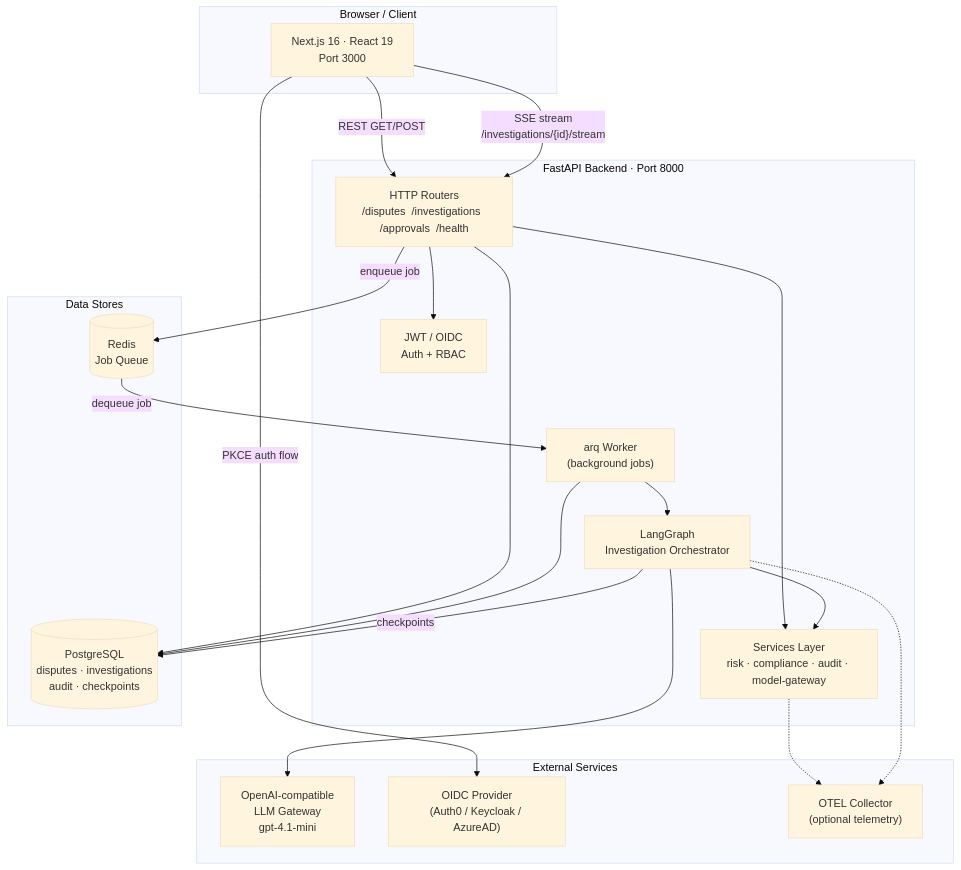
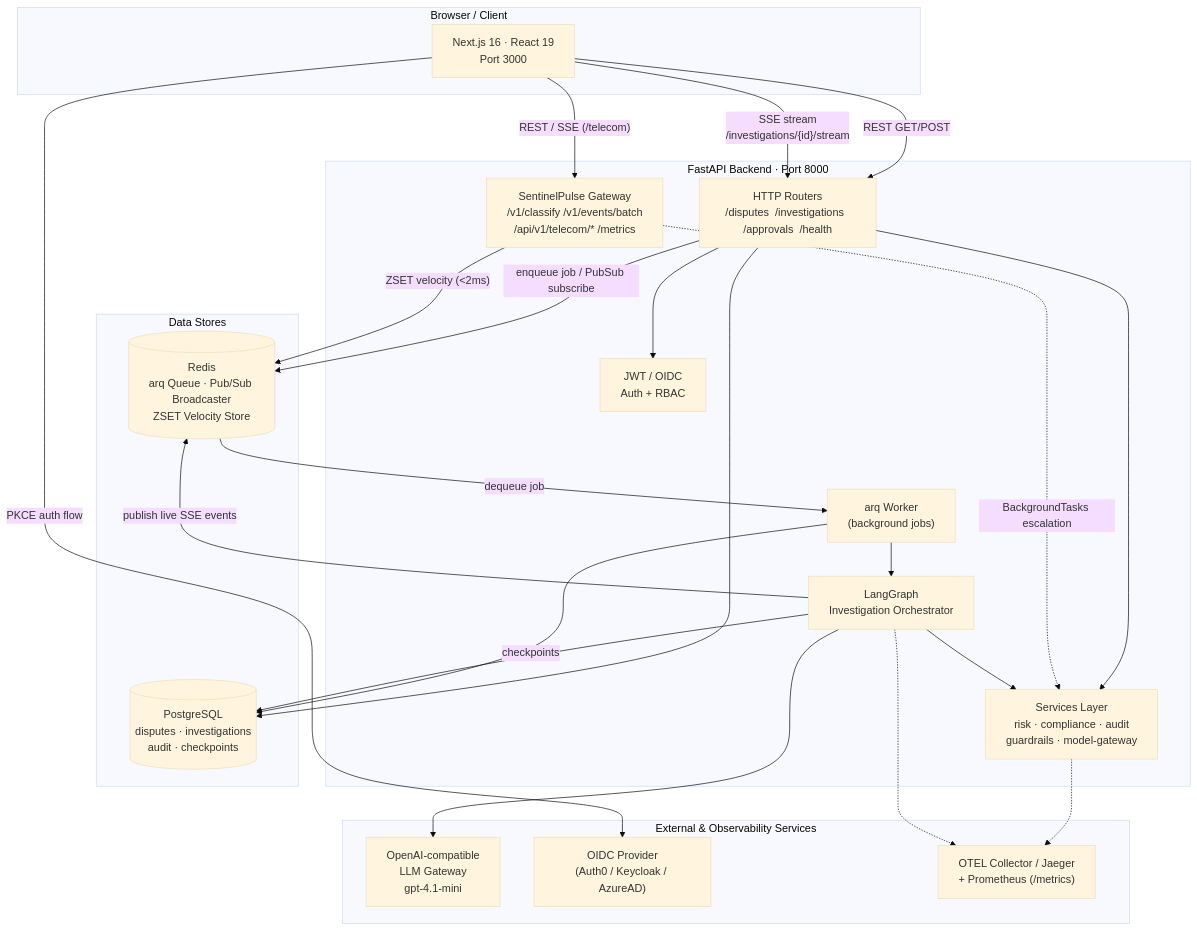
Before and after one commit to thiago-terceiro/sentinelflow: the first of 10 diagrams in docs/architecture.md, drawn with Mermaid (base theme). The commit also changed other lines of this file and 58 other files, not shown here.

First line of the commit message:
feat(platform): complete principal audit remediations across workbench, BFF SSE proxy, evals, ONNX batching, and docs

````diff
--- a/docs/architecture.md
+++ b/docs/architecture.md
@@ -12,50 +12,55 @@
 ```mermaid
 graph TB
     subgraph CLIENT["Browser / Client"]
         FE["Next.js 16 · React 19<br/>Port 3000"]
     end
 
     subgraph BACKEND["FastAPI Backend · Port 8000"]
         API["HTTP Routers<br/>/disputes  /investigations  /approvals  /health"]
+        PULSE["SentinelPulse Gateway<br/>/v1/classify  /v1/events/batch<br/>/api/v1/telecom/*  /metrics"]
         SEC["JWT / OIDC<br/>Auth + RBAC"]
-        SVC["Services Layer<br/>risk · compliance · audit · model-gateway"]
+        SVC["Services Layer<br/>risk · compliance · audit<br/>guardrails · model-gateway"]
         GRAPH["LangGraph<br/>Investigation Orchestrator"]
         WORKER["arq Worker<br/>(background jobs)"]
     end
 
     subgraph STORES["Data Stores"]
         PG[("PostgreSQL<br/>disputes · investigations<br/>audit · checkpoints")]
-        REDIS[("Redis<br/>Job Queue")]
+        REDIS[("Redis<br/>arq Queue · Pub/Sub Broadcaster<br/>ZSET Velocity Store")]
     end
 
-    subgraph EXTERNAL["External Services"]
+    subgraph EXTERNAL["External & Observability Services"]
         LLM["OpenAI-compatible<br/>LLM Gateway<br/>gpt-4.1-mini"]
         OIDC["OIDC Provider<br/>(Auth0 / Keycloak / AzureAD)"]
-        OTEL["OTEL Collector<br/>(optional telemetry)"]
+        OTEL["OTEL Collector / Jaeger<br/>+ Prometheus (/metrics)"]
     end
 
     %% FE → Backend
     FE -- "REST  GET/POST" --> API
+    FE -- "REST / SSE (/telecom)" --> PULSE
     FE -- "SSE stream<br/>/investigations/{id}/stream" --> API
     FE -- "PKCE auth flow" --> OIDC
 
     %% API internals
     API --> SEC
     API --> SVC
     API --> PG
-    API -- "enqueue job" --> REDIS
+    API -- "enqueue job / PubSub subscribe" --> REDIS
+    PULSE -- "ZSET velocity (<2ms)" --> REDIS
+    PULSE -. "BackgroundTasks escalation" .-> SVC
 
     %% Worker
     REDIS -- "dequeue job" --> WORKER
     WORKER --> GRAPH
     WORKER --> PG
+    GRAPH -- "publish live SSE events" --> REDIS
 
     %% Graph
     GRAPH --> SVC
     GRAPH --> LLM
     GRAPH -- "checkpoints" --> PG
 
     %% Telemetry
     SVC -.-> OTEL
     GRAPH -.-> OTEL
 ```
````
